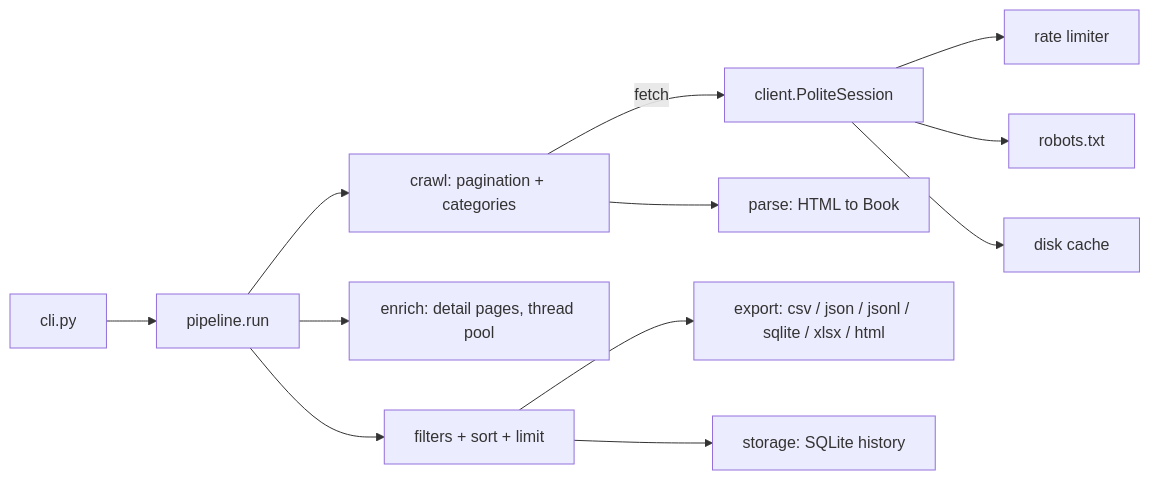
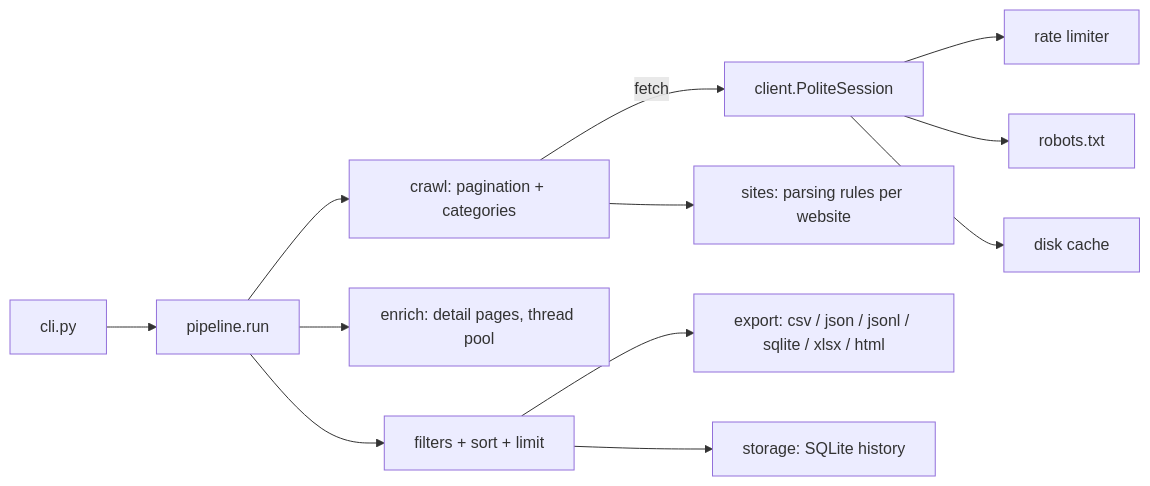
One commit to shifafaheem05-lgtm/web-scraper changed the diagram in README.md. Above: the diagram before and after it, drawn with Mermaid. The commit also changed other lines of this file and 20 other files, not shown here.

````diff
--- a/README.md
+++ b/README.md
@@ -160,14 +170,14 @@
 ```mermaid
 flowchart LR
     CLI[cli.py] --> P[pipeline.run]
     P --> C[crawl: pagination + categories]
     C -->|fetch| H[client.PoliteSession]
     H --> RL[rate limiter]
     H --> RB[robots.txt]
     H --> CA[disk cache]
-    C --> PA[parse: HTML to Book]
+    C --> PA[sites: parsing rules per website]
     P --> E[enrich: detail pages, thread pool]
     P --> F[filters + sort + limit]
     F --> X[export: csv / json / jsonl / sqlite / xlsx / html]
     F --> S[storage: SQLite history]
 ```
````
